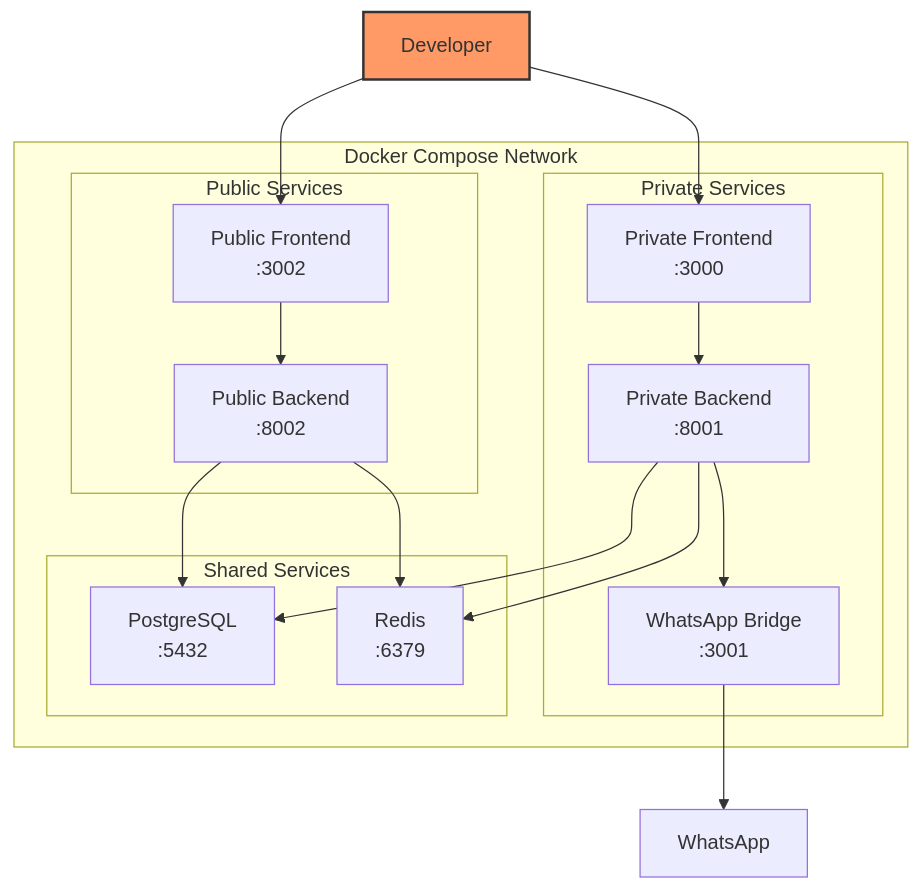
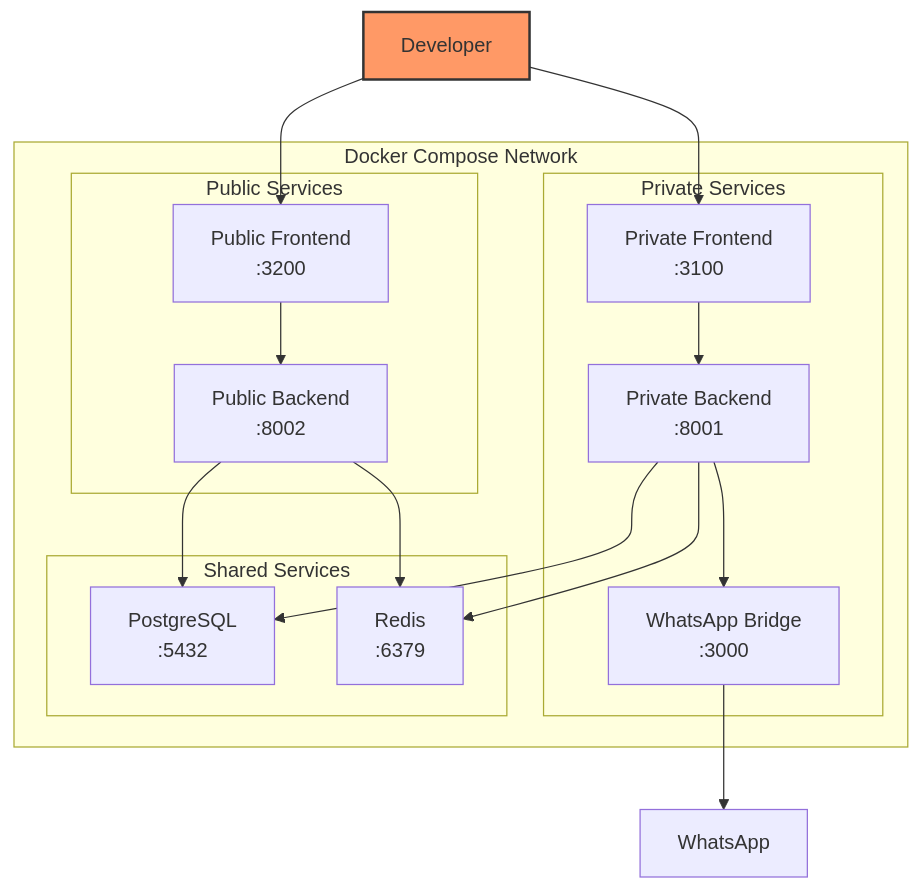
One commit to tonylampada/zapa changed the tenth of 13 diagrams in architecture.md. Above: the diagram before and after it, drawn with Mermaid. The commit also changed 1 other file, not shown here.

Commit message:
Update port assignments to avoid conflict with zapw
- Changed Private Frontend port from 3000 to 3100
- Changed Public Frontend port from 3002 to 3200
- Keep WhatsApp Bridge (zapw) on its default port 3000
- Updated CLAUDE.md to clarify zapw uses port 3000 by default

🤖 Generated with [Claude Code](https://claude.ai/code)

````diff
--- a/architecture.md
+++ b/architecture.md
@@ -373,36 +373,36 @@
 ```mermaid
 graph TB
     subgraph "Docker Compose Network"
         subgraph "Private Services"
-            PRIV_FE[Private Frontend<br/>:3000]
+            PRIV_FE[Private Frontend<br/>:3100]
             PRIV_BE[Private Backend<br/>:8001]
-            WB[WhatsApp Bridge<br/>:3001]
+            WB[WhatsApp Bridge<br/>:3000]
         end
         
         subgraph "Public Services"
-            PUB_FE[Public Frontend<br/>:3002]
+            PUB_FE[Public Frontend<br/>:3200]
             PUB_BE[Public Backend<br/>:8002]
         end
         
         subgraph "Shared Services"
             DB[PostgreSQL<br/>:5432]
             RD[Redis<br/>:6379]
         end
     end
     
     DEV[Developer] --> PRIV_FE
     DEV --> PUB_FE
     
     PRIV_FE --> PRIV_BE
     PUB_FE --> PUB_BE
     
     PRIV_BE --> WB
     WB --> EXT[WhatsApp]
     
     PRIV_BE --> DB
     PUB_BE --> DB
     PRIV_BE --> RD
     PUB_BE --> RD
     
     style DEV fill:#f96,stroke:#333,stroke-width:2px
 ```
````
